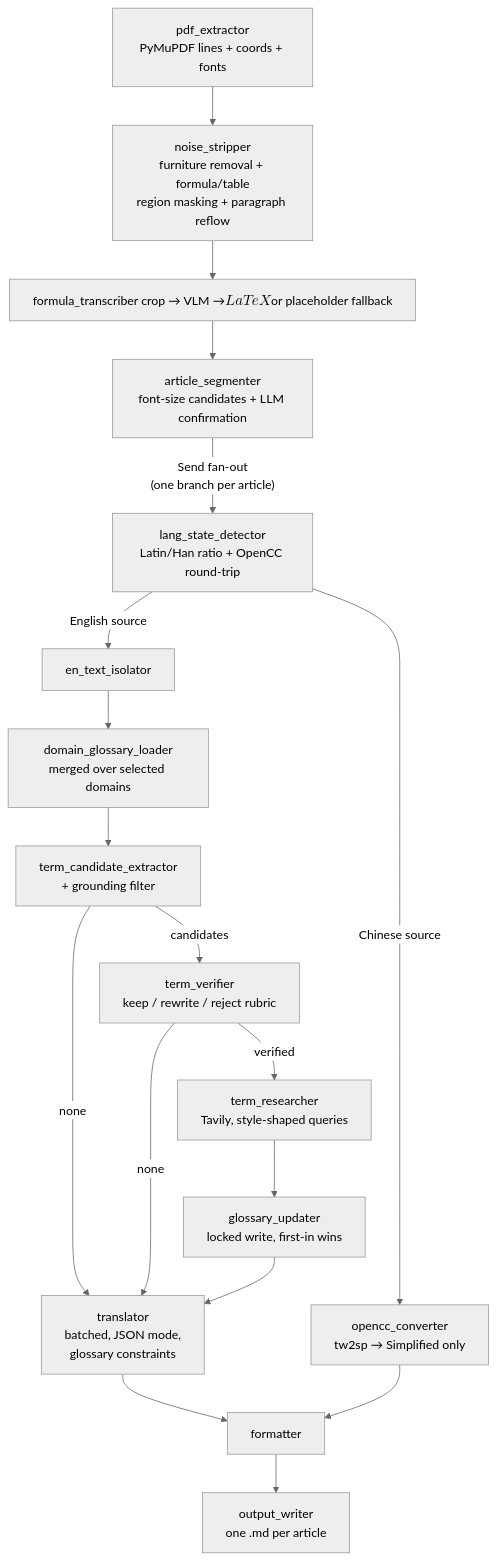
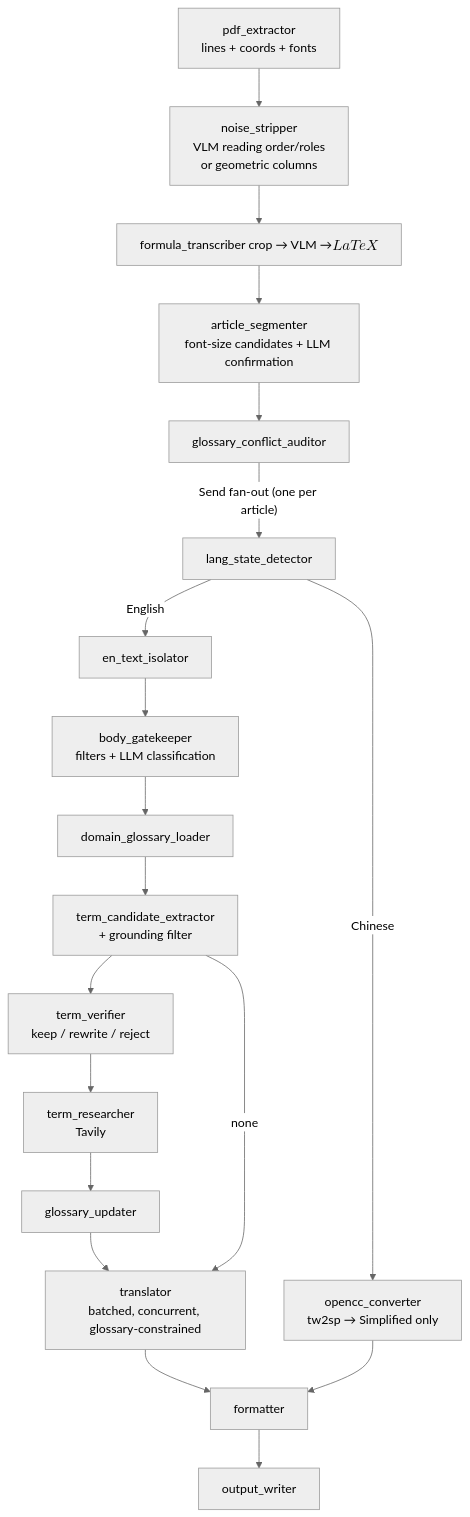
One commit to elenskye/pub2md-agent changed the diagram in README.md. Above: the diagram before and after it, drawn with Mermaid (neutral theme). The commit also changed other lines of this file and 44 other files, not shown here.

````diff
--- a/README.md
+++ b/README.md
@@ -73,20 +85,16 @@
 ```mermaid
 flowchart TD
-    A[pdf_extractor<br/>PyMuPDF lines + coords + fonts] --> B[noise_stripper<br/>furniture removal + formula/table<br/>region masking + paragraph reflow]
-    B --> FT[formula_transcriber<br/>crop → VLM → $$LaTeX$$<br/>or placeholder fallback]
+    A[pdf_extractor<br/>lines + coords + fonts] --> B[noise_stripper<br/>VLM reading order/roles<br/>or geometric columns]
+    B --> FT[formula_transcriber<br/>crop → VLM → $$LaTeX$$]
     FT --> C[article_segmenter<br/>font-size candidates + LLM confirmation]
-    C -- "Send fan-out<br/>(one branch per article)" --> D[lang_state_detector<br/>Latin/Han ratio + OpenCC round-trip]
-    D -- English source --> E[en_text_isolator]
-    E --> F[domain_glossary_loader<br/>merged over selected domains]
-    F --> G[term_candidate_extractor<br/>+ grounding filter]
-    G -- candidates --> V[term_verifier<br/>keep / rewrite / reject rubric]
-    V -- verified --> H[term_researcher<br/>Tavily, style-shaped queries]
-    H --> I[glossary_updater<br/>locked write, first-in wins]
-    G -- none --> J[translator<br/>batched, JSON mode,<br/>glossary constraints]
-    V -- none --> J
-    I --> J
-    D -- Chinese source --> K[opencc_converter<br/>tw2sp → Simplified only]
-    J --> L[formatter]
+    C --> GC[glossary_conflict_auditor]
+    GC -- "Send fan-out (one per article)" --> D[lang_state_detector]
+    D -- English --> E[en_text_isolator] --> BG[body_gatekeeper<br/>filters + LLM classification]
+    BG --> F[domain_glossary_loader] --> G[term_candidate_extractor<br/>+ grounding filter]
+    G --> V[term_verifier<br/>keep / rewrite / reject] --> H[term_researcher<br/>Tavily] --> I[glossary_updater]
+    I --> J[translator<br/>batched, concurrent, glossary-constrained]
+    G -- none --> J
+    D -- Chinese --> K[opencc_converter<br/>tw2sp → Simplified only]
+    J --> L[formatter] --> M[output_writer]
     K --> L
-    L --> M[output_writer<br/>one .md per article]
 ```
````
